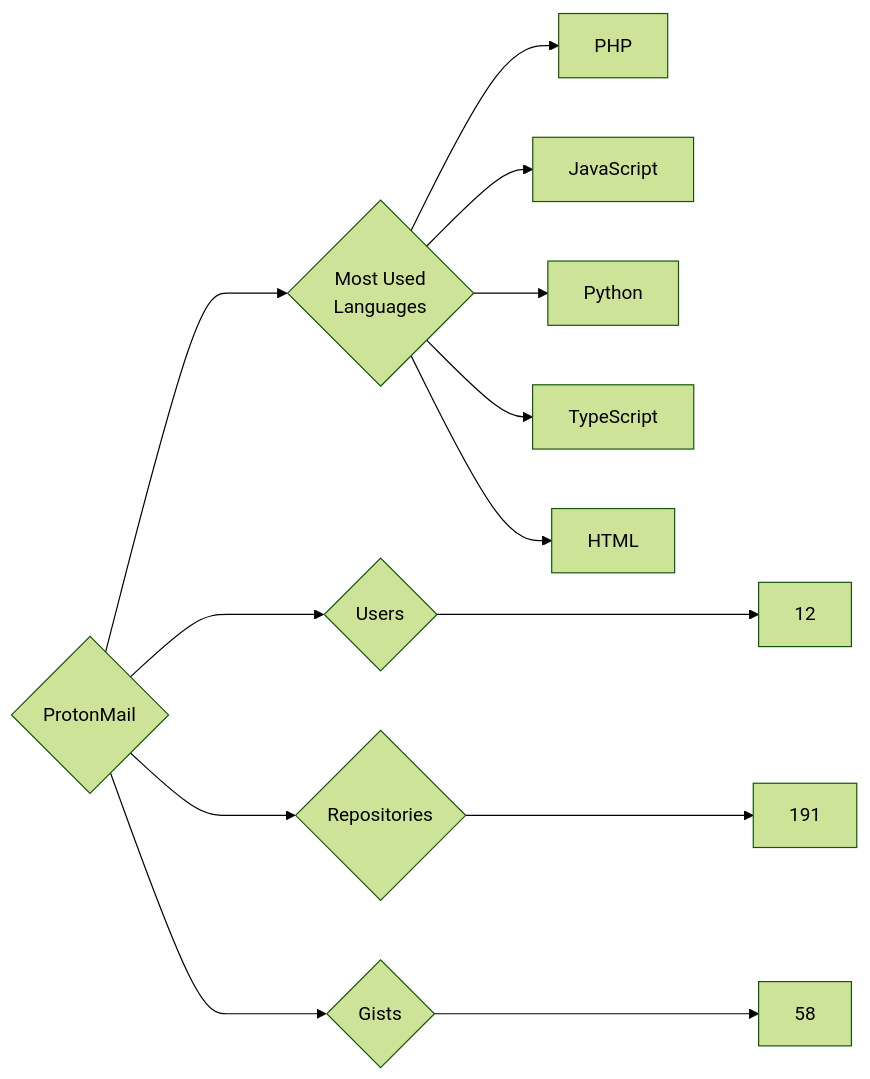
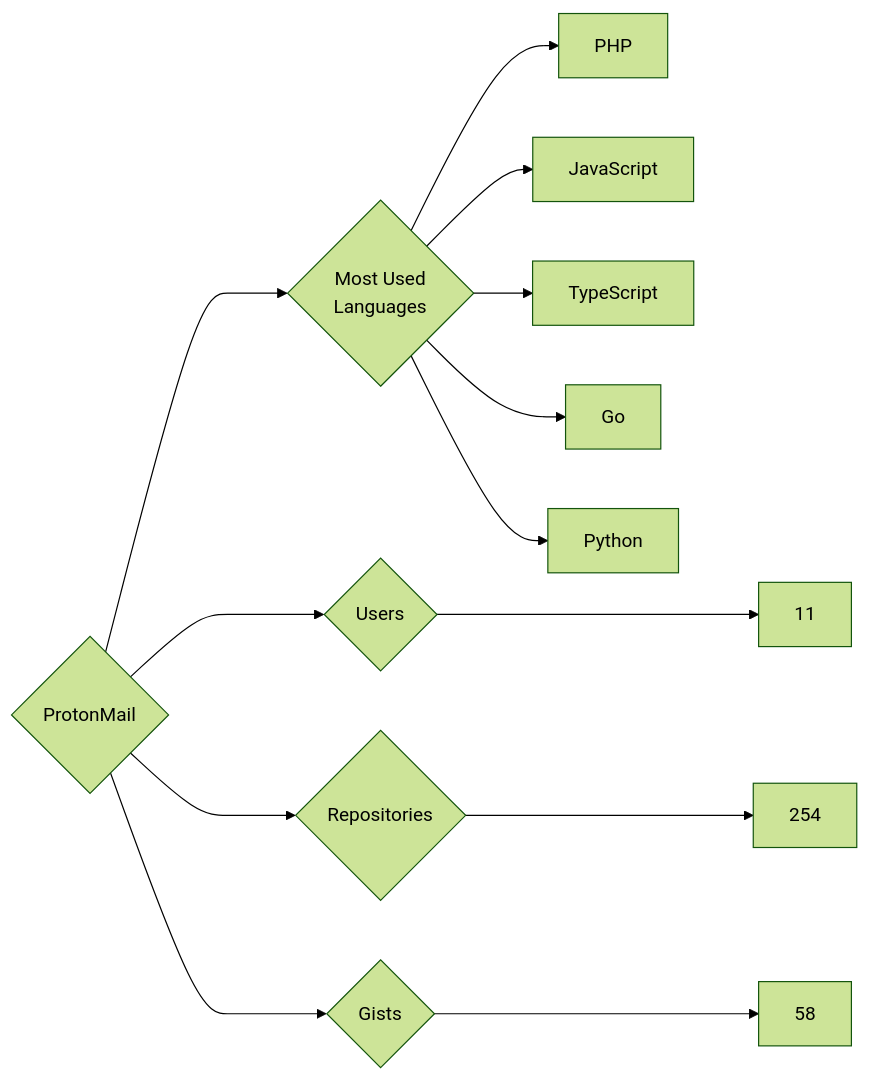
Before and after one commit to trickest/insiders: the diagram in targets/ProtonMail/README.md, drawn with Mermaid (forest theme). The commit also changed 806 other files, not shown here.

````diff
--- a/targets/ProtonMail/README.md
+++ b/targets/ProtonMail/README.md
@@ -3,13 +3,13 @@
 ```mermaid
 graph LR
 COMPANY_NAME{ProtonMail}
-COMPANY_NAME ---> U{Users} ---> UN[12]
-COMPANY_NAME ---> R{Repositories} ---> RN[191]
+COMPANY_NAME ---> U{Users} ---> UN[11]
+COMPANY_NAME ---> R{Repositories} ---> RN[254]
 COMPANY_NAME ---> G{Gists} ---> GN[58]
 COMPANY_NAME ---> ML{Most Used<br>Languages}
 ML --> PHP[PHP]
 ML --> JavaScript[JavaScript]
+ML --> TypeScript[TypeScript]
+ML --> Go[Go]
 ML --> Python[Python]
-ML --> TypeScript[TypeScript]
-ML --> HTML[HTML]
 ```
````
